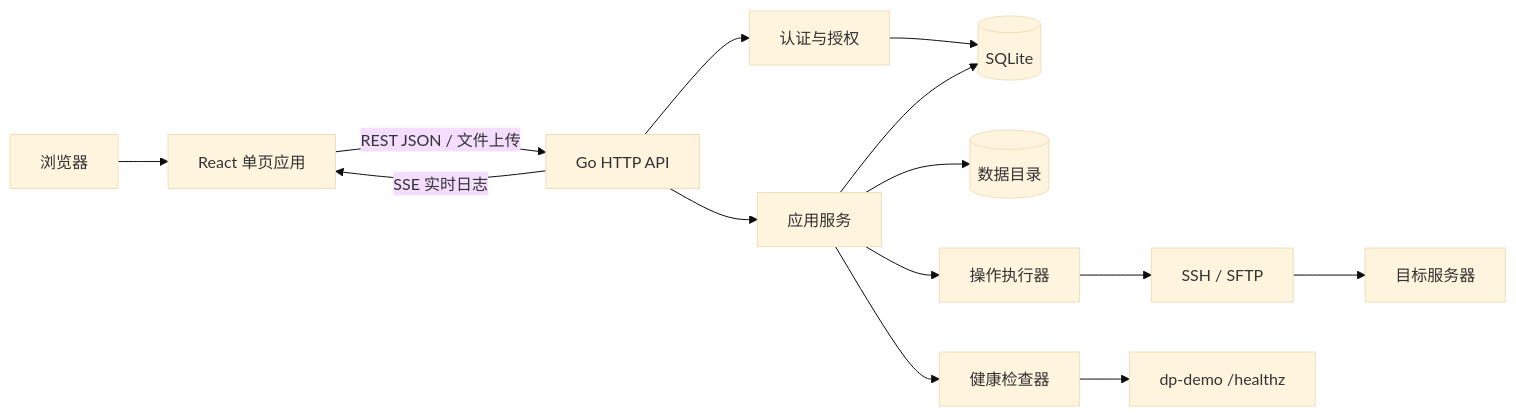
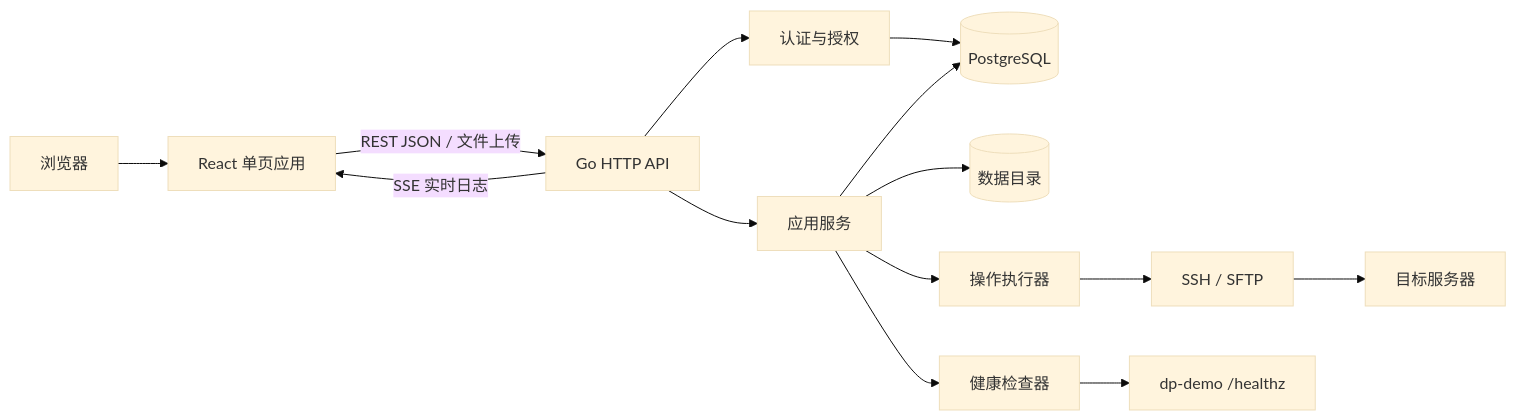
The first of 4 diagrams in dp/docs/architecture.md (ymouzhang/DeploymentPlatform), drawn with Mermaid (base theme) before and after one commit. The commit also changed other lines of this file and 15 other files, not shown here.

Commit message:
feat(dp): establish RBAC and PostgreSQL foundation

````diff
--- a/dp/docs/architecture.md
+++ b/dp/docs/architecture.md
@@ -26,29 +27,29 @@
 ```mermaid
 flowchart LR
     U[浏览器]
     FE[React 单页应用]
     API[Go HTTP API]
     AUTH[认证与授权]
     APP[应用服务]
     OPS[操作执行器]
     HC[健康检查器]
-    DB[(SQLite)]
+    DB[(PostgreSQL)]
     FS[(数据目录)]
     SSH[SSH / SFTP]
     REMOTE[目标服务器]
     HEALTH[dp-demo /healthz]
 
     U --> FE
     FE -->|REST JSON / 文件上传| API
     API -->|SSE 实时日志| FE
     API --> AUTH
     AUTH --> DB
     API --> APP
     APP --> DB
     APP --> FS
     APP --> OPS
     APP --> HC
     OPS --> SSH
     SSH --> REMOTE
     HC --> HEALTH
 ```
````
